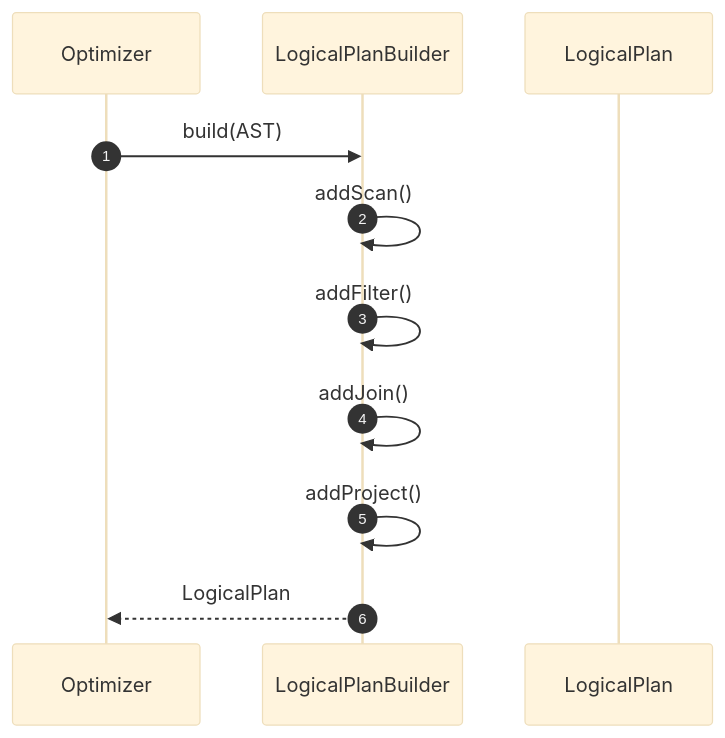
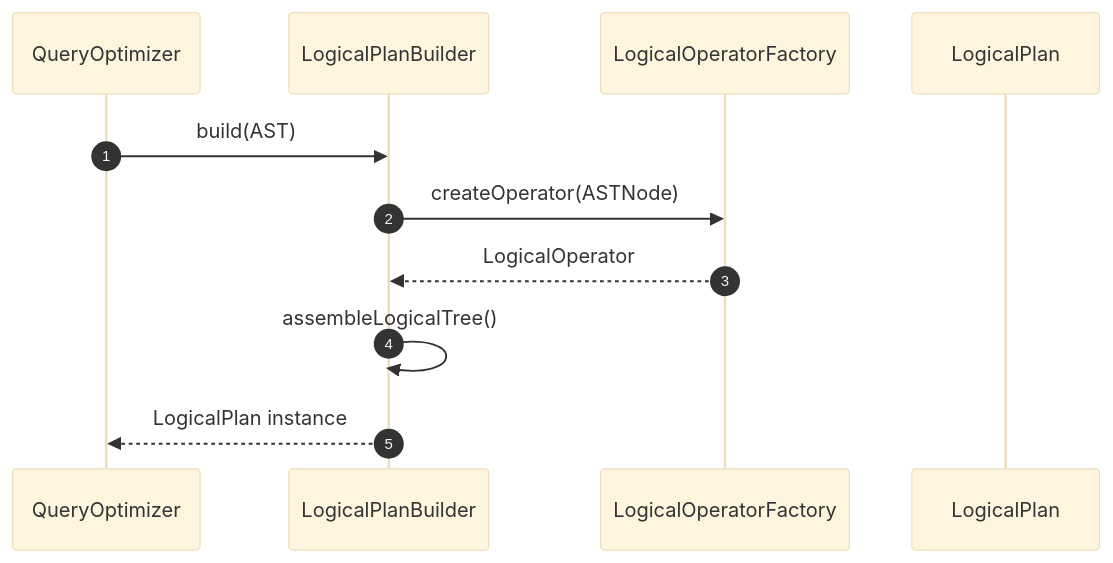
Diagram 12 of 13 in docs/design_patterns/query_processor/Sequece.md (Dikhang1112/Database_Management_BBV), drawn with Mermaid (base theme) before and after one commit. The commit also changed other lines of this file and 1 other file, not shown here.

````diff
--- a/docs/design_patterns/query_processor/Sequece.md
+++ b/docs/design_patterns/query_processor/Sequece.md
@@ -216,21 +349,14 @@
 ```mermaid
 sequenceDiagram
-
     autonumber
-
-    participant Optimizer
+    participant Optimizer as QueryOptimizer
     participant Builder as LogicalPlanBuilder
-    participant LogicalPlan
+    participant Factory as LogicalOperatorFactory
+    participant LP as LogicalPlan
 
     Optimizer->>Builder: build(AST)
-
-    Builder->>Builder: addScan()
-
-    Builder->>Builder: addFilter()
-
-    Builder->>Builder: addJoin()
-
-    Builder->>Builder: addProject()
-
-    Builder-->>Optimizer: LogicalPlan
+    Builder->>Factory: createOperator(ASTNode)
+    Factory-->>Builder: LogicalOperator
+    Builder->>Builder: assembleLogicalTree()
+    Builder-->>Optimizer: LogicalPlan instance
 ```
````
